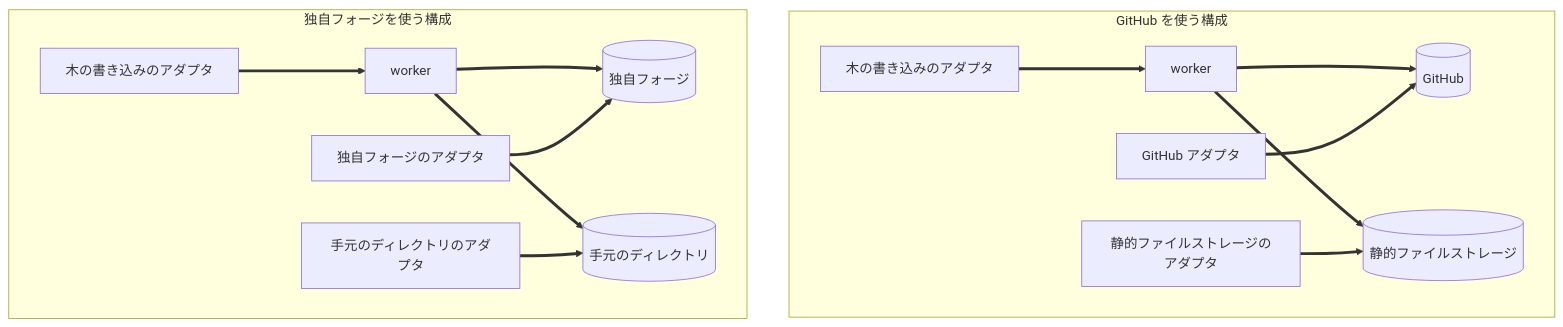
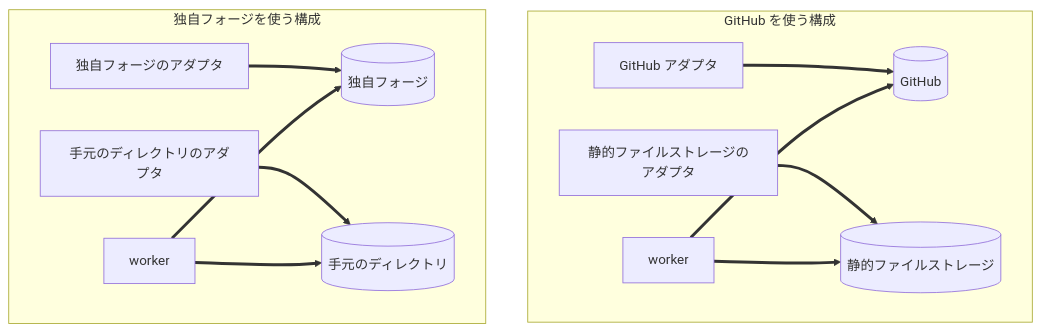
Before and after one commit to yamambainc/logiforge: the diagram in design/adapters/README.md, drawn with Mermaid. The commit also changed other lines of this file and 41 other files, not shown here.

````diff
--- a/design/adapters/README.md
+++ b/design/adapters/README.md
@@ -17,15 +18,15 @@
 ```mermaid
 flowchart TB
   subgraph G["GitHub を使う構成"]
-    G1["木の書き込みのアダプタ"] ==> GW["worker"] ==> GH[("GitHub")]
+    G2["GitHub アダプタ"] ==> GH[("GitHub")]
+    G3["静的ファイルストレージのアダプタ"] ==> OBJ[("静的ファイルストレージ")]
+    GW["worker"] ==> GH
     GW ==> OBJ
-    G2["GitHub アダプタ"] ==> GH
-    G3["静的ファイルストレージのアダプタ"] ==> OBJ[("静的ファイルストレージ")]
   end
   subgraph N["独自フォージを使う構成"]
-    N1["木の書き込みのアダプタ"] ==> NW["worker"] ==> NF[("独自フォージ")]
+    N2["独自フォージのアダプタ"] ==> NF[("独自フォージ")]
+    N3["手元のディレクトリのアダプタ"] ==> DIR[("手元のディレクトリ")]
+    NW["worker"] ==> NF
     NW ==> DIR
-    N2["独自フォージのアダプタ"] ==> NF
-    N3["手元のディレクトリのアダプタ"] ==> DIR[("手元のディレクトリ")]
   end
 ```
````
